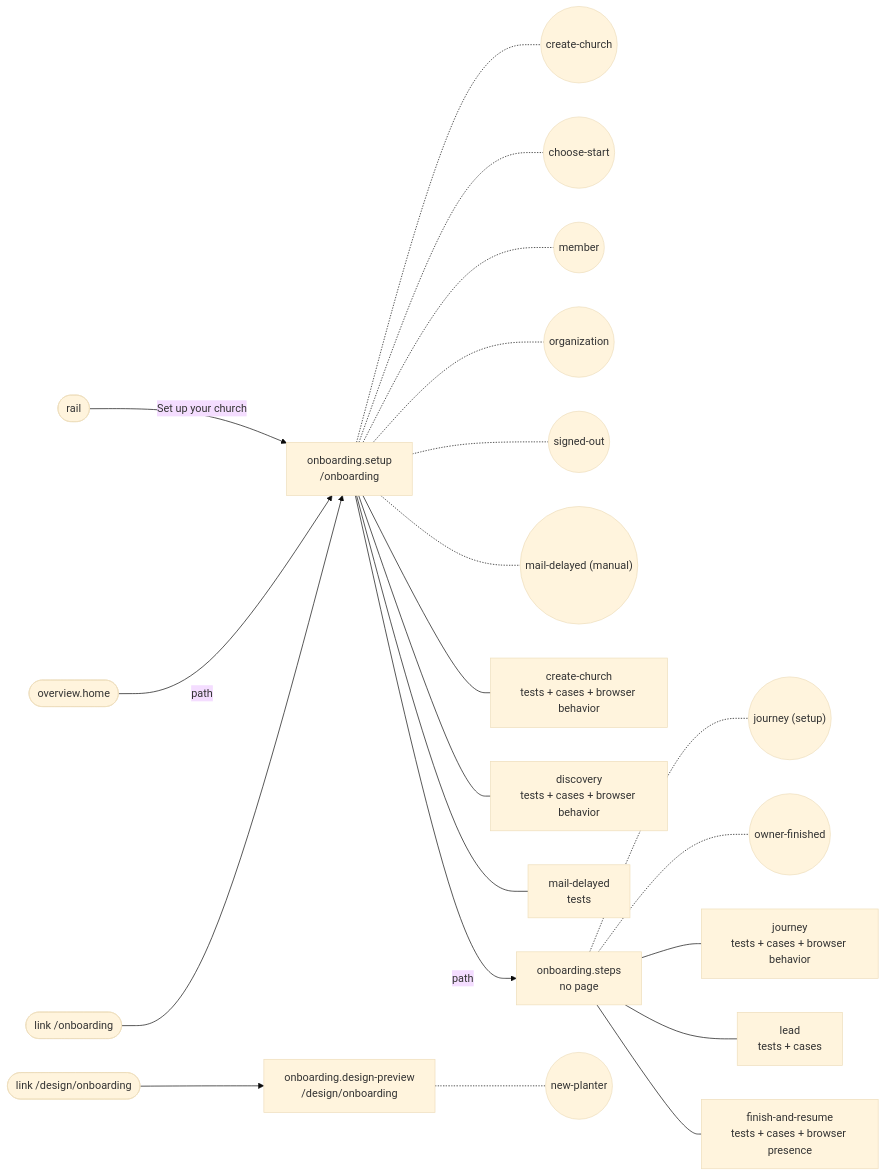
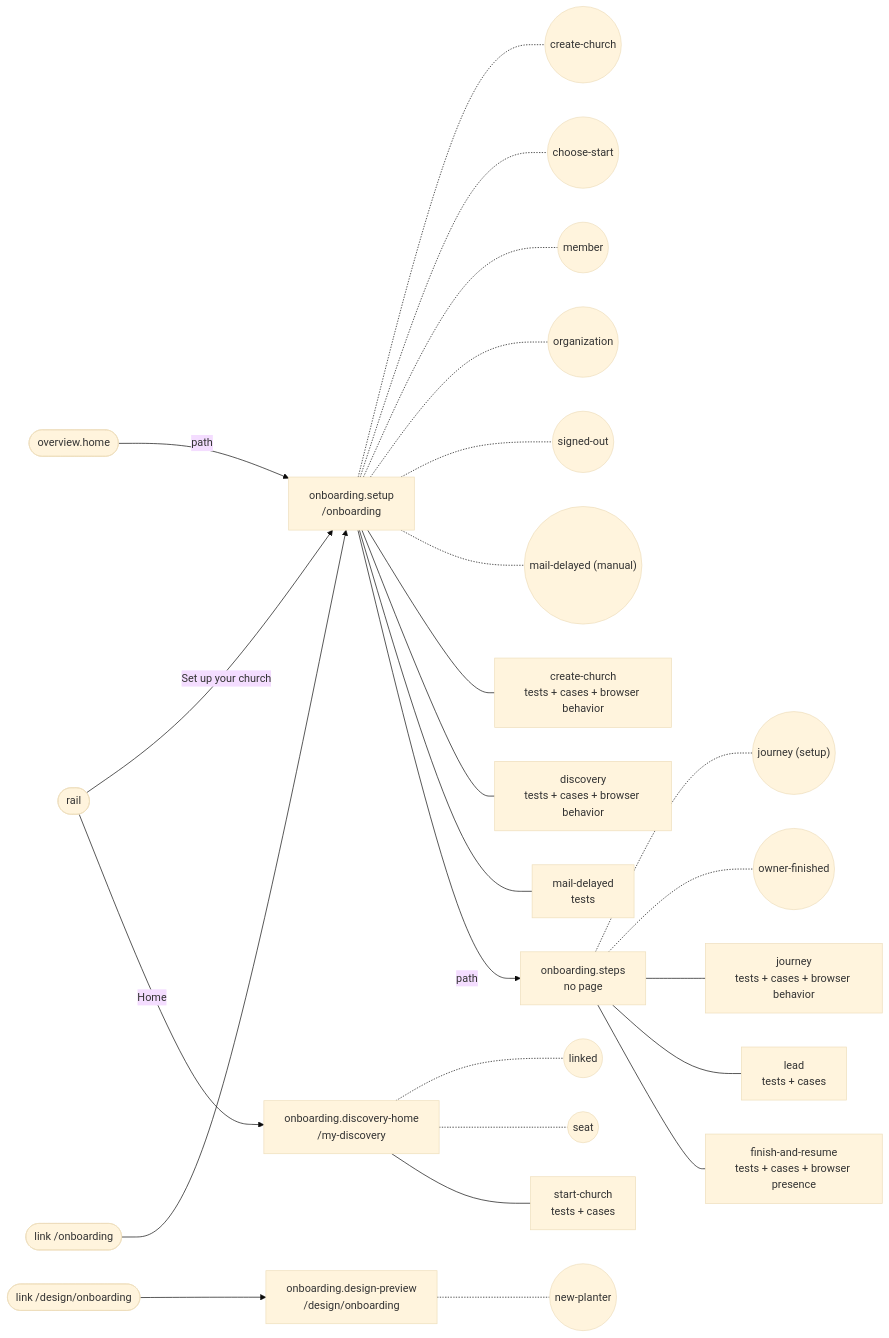
Before and after one commit to SebastianGarces/everyfield: the diagram in docs/feature-maps/onboarding.md, drawn with Mermaid (base theme). The commit also changed other lines of this file and 170 other files, not shown here.

First line of the commit message:
Discovery is free and actually works, from sign-up until the planter starts a church

````diff
--- a/docs/feature-maps/onboarding.md
+++ b/docs/feature-maps/onboarding.md
@@ -6,30 +6,35 @@
 ```mermaid
 flowchart LR
   rail(["rail"])
   s0_link2(["link /onboarding"])
   s2_link0(["link /design/onboarding"])
   x_overview_home(["overview.home"])
   s0["onboarding.setup<br/>/onboarding"]
   rail -- "Set up your church" --> s0
   x_overview_home -- "path" --> s0
   s0_link2 --> s0
   s0 -.- s0_st0(("create-church"))
   s0 -.- s0_st1(("choose-start"))
   s0 -.- s0_st2(("member"))
   s0 -.- s0_st3(("organization"))
   s0 -.- s0_st4(("signed-out"))
   s0 -.- s0_st5(("mail-delayed (manual)"))
   s0 --- s0_b0["create-church<br/>tests + cases + browser behavior"]
   s0 --- s0_b1["discovery<br/>tests + cases + browser behavior"]
   s0 --- s0_b2["mail-delayed<br/>tests"]
   s1["onboarding.steps<br/>no page"]
   s0 -- "path" --> s1
   s1 -.- s1_st0(("journey (setup)"))
   s1 -.- s1_st1(("owner-finished"))
   s1 --- s1_b0["journey<br/>tests + cases + browser behavior"]
   s1 --- s1_b1["lead<br/>tests + cases"]
   s1 --- s1_b2["finish-and-resume<br/>tests + cases + browser presence"]
   s2["onboarding.design-preview<br/>/design/onboarding"]
   s2_link0 --> s2
   s2 -.- s2_st0(("new-planter"))
+  s3["onboarding.discovery-home<br/>/my-discovery"]
+  rail -- "Home" --> s3
+  s3 -.- s3_st0(("linked"))
+  s3 -.- s3_st1(("seat"))
+  s3 --- s3_b0["start-church<br/>tests + cases"]
 ```
````
